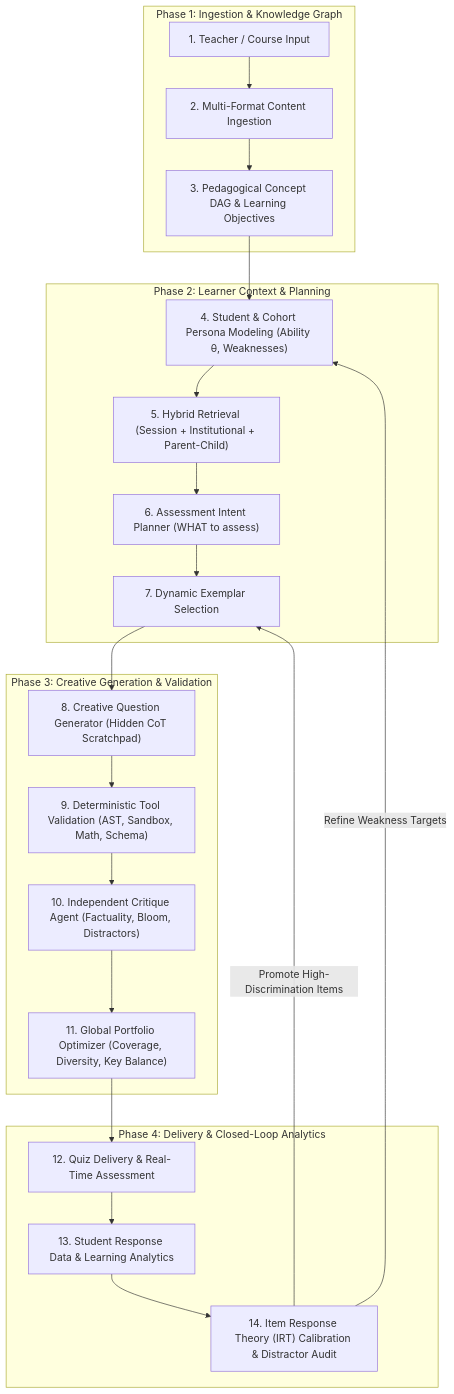
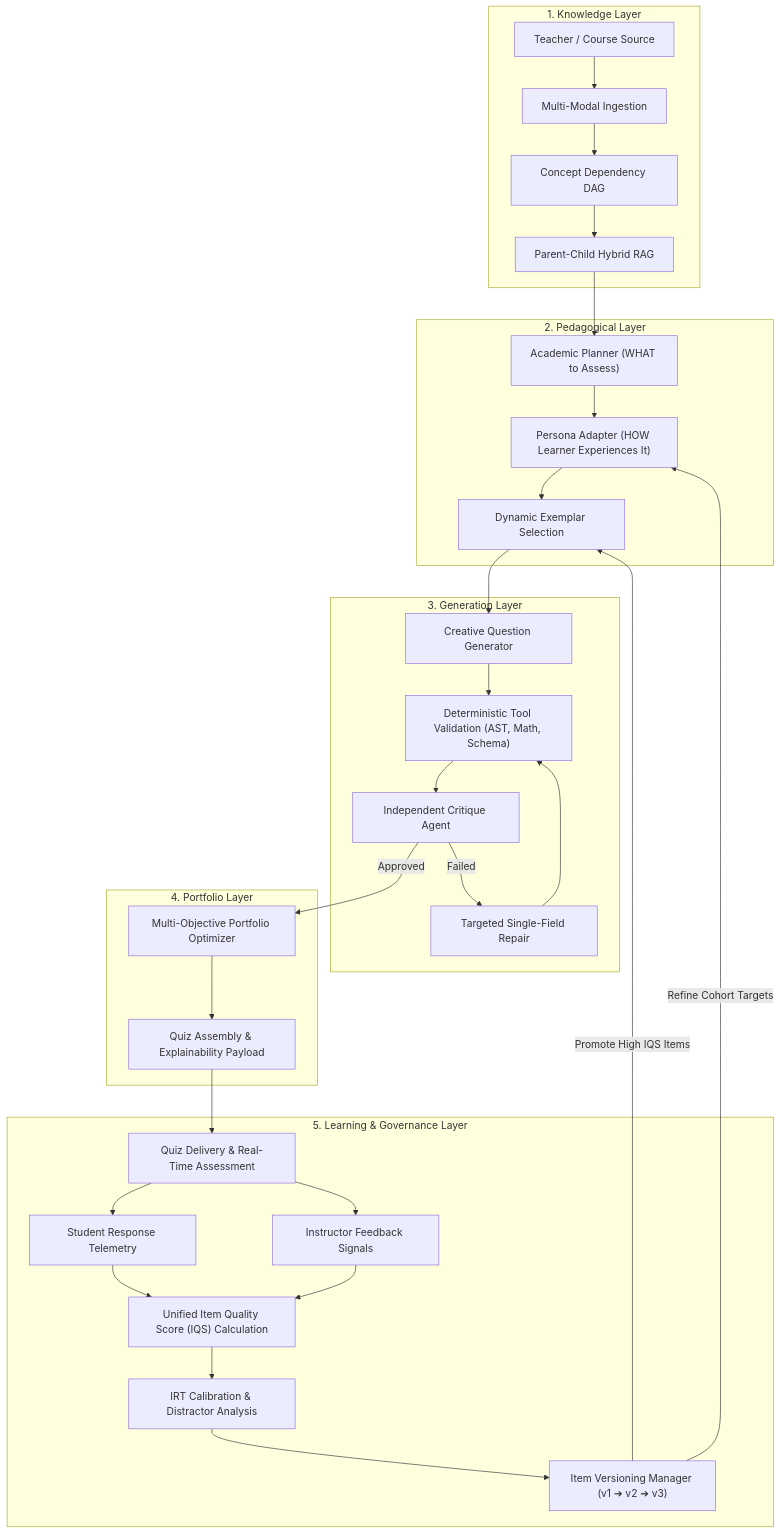
Before and after one commit to vamshikrishnabanoth/Demo_project: the diagram in MASTER_SYSTEM_ARCHITECTURE_2026.md, drawn with Mermaid. The commit also changed other lines of this file, not shown here.

Commit message:
docs: finalize 5-layer enterprise architecture specification incorporating IQS, constrained optimization, versioning, and instructor feedback

````diff
--- a/MASTER_SYSTEM_ARCHITECTURE_2026.md
+++ b/MASTER_SYSTEM_ARCHITECTURE_2026.md
@@ -36,29 +39,38 @@
 ```mermaid
 flowchart TD
-    subgraph Phase1 ["Phase 1: Ingestion & Knowledge Graph"]
-        TI["1. Teacher / Course Input"] --> CI["2. Multi-Format Content Ingestion"]
-        CI --> DAG["3. Pedagogical Concept DAG & Learning Objectives"]
+    subgraph L1 ["1. Knowledge Layer"]
+        TI["Teacher / Course Source"] --> MMI["Multi-Modal Ingestion"]
+        MMI --> CDG["Concept Dependency DAG"]
+        CDG --> RAG["Parent-Child Hybrid RAG"]
     end
 
-    subgraph Phase2 ["Phase 2: Learner Context & Planning"]
-        DAG --> SM["4. Student & Cohort Persona Modeling (Ability θ, Weaknesses)"]
-        SM --> RAG["5. Hybrid Retrieval (Session + Institutional + Parent-Child)"]
-        RAG --> AIP["6. Assessment Intent Planner (WHAT to assess)"]
-        AIP --> DES["7. Dynamic Exemplar Selection"]
+    subgraph L2 ["2. Pedagogical Layer"]
+        RAG --> AP["Academic Planner (WHAT to Assess)"]
+        AP --> PA["Persona Adapter (HOW Learner Experiences It)"]
+        PA --> DES["Dynamic Exemplar Selection"]
     end
 
-    subgraph Phase3 ["Phase 3: Creative Generation & Validation"]
-        DES --> QG["8. Creative Question Generator (Hidden CoT Scratchpad)"]
-        QG --> DTV["9. Deterministic Tool Validation (AST, Sandbox, Math, Schema)"]
-        DTV --> ICA["10. Independent Critique Agent (Factuality, Bloom, Distractors)"]
-        ICA --> GPO["11. Global Portfolio Optimizer (Coverage, Diversity, Key Balance)"]
+    subgraph L3 ["3. Generation Layer"]
+        DES --> CQG["Creative Question Generator"]
+        CQG --> DTV["Deterministic Tool Validation (AST, Math, Schema)"]
+        DTV --> ICA["Independent Critique Agent"]
+        ICA -->|Failed| TFR["Targeted Single-Field Repair"]
+        TFR --> DTV
     end
 
-    subgraph Phase4 ["Phase 4: Delivery & Closed-Loop Analytics"]
-        GPO --> QD["12. Quiz Delivery & Real-Time Assessment"]
-        QD --> LA["13. Student Response Data & Learning Analytics"]
-        LA --> IRC["14. Item Response Theory (IRT) Calibration & Distractor Audit"]
-        IRC -->|Promote High-Discrimination Items| DES
-        IRC -->|Refine Weakness Targets| SM
+    subgraph L4 ["4. Portfolio Layer"]
+        ICA -->|Approved| MPO["Multi-Objective Portfolio Optimizer"]
+        MPO --> QA["Quiz Assembly & Explainability Payload"]
+    end
+
+    subgraph L5 ["5. Learning & Governance Layer"]
+        QA --> QD["Quiz Delivery & Real-Time Assessment"]
+        QD --> SRA["Student Response Telemetry"]
+        QD --> ITF["Instructor Feedback Signals"]
+        SRA & ITF --> IQS["Unified Item Quality Score (IQS) Calculation"]
+        IQS --> IRT["IRT Calibration & Distractor Analysis"]
+        IRT --> IVM["Item Versioning Manager (v1 ➔ v2 ➔ v3)"]
+        IVM -->|Promote High IQS Items| DES
+        IVM -->|Refine Cohort Targets| PA
     end
 ```
````
